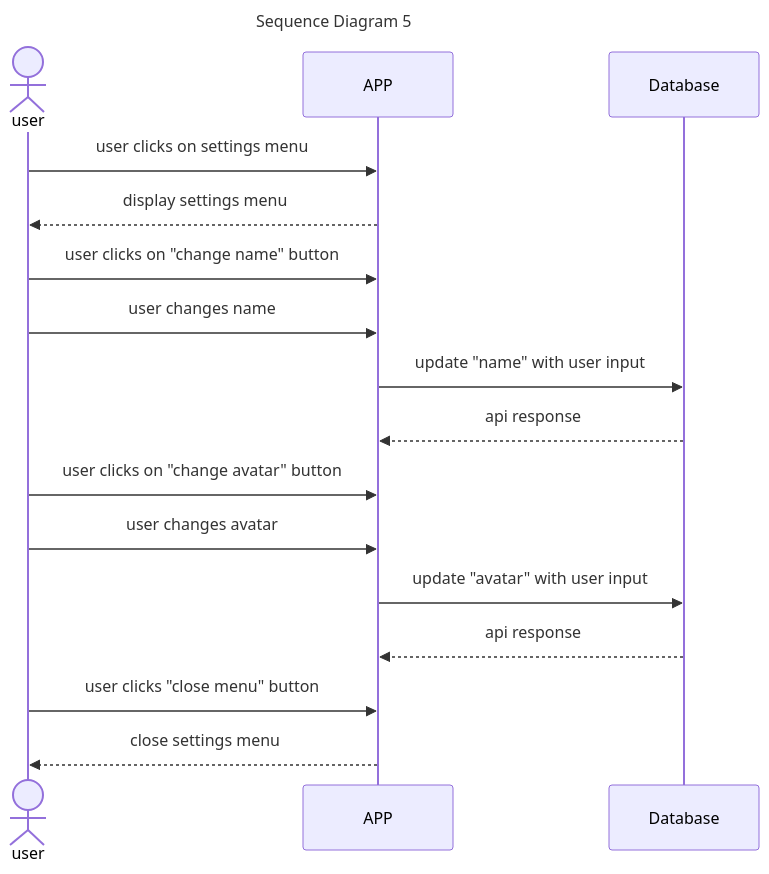
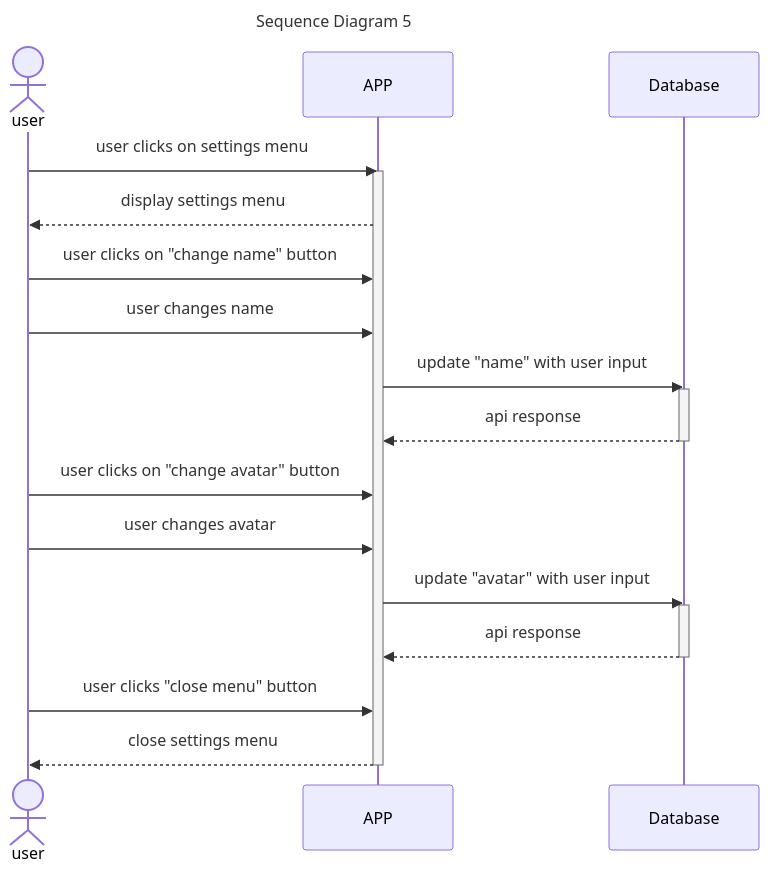
Before and after one commit to Capstone-Projects-2023-Fall/project-ar-pet-pals: the fifth of 8 diagrams in documentation/docs/system-architecture/sequence-diagrams.md, drawn with Mermaid. The commit also changed other lines of this file, not shown here.

Commit message:
edit sequence diagrams

````diff
--- a/documentation/docs/system-architecture/sequence-diagrams.md
+++ b/documentation/docs/system-architecture/sequence-diagrams.md
@@ -178,20 +203,27 @@
 ```mermaid
 sequenceDiagram
     title Sequence Diagram 5
 
     actor user
     participant APP
 
     user->>APP: user clicks on settings menu
+    activate APP
     APP-->>user: display settings menu
     user->>APP: user clicks on "change name" button
     user->>APP: user changes name
     APP->>Database: update "name" with user input
+    activate Database
     Database-->>APP: api response
+    deactivate Database
     user->>APP: user clicks on "change avatar" button
     user->>APP: user changes avatar
     APP->>Database: update "avatar" with user input
+    activate Database
     Database-->>APP: api response
+    deactivate Database
+
     user->>APP: user clicks "close menu" button
     APP-->>user: close settings menu
+    deactivate APP
 ```
````
